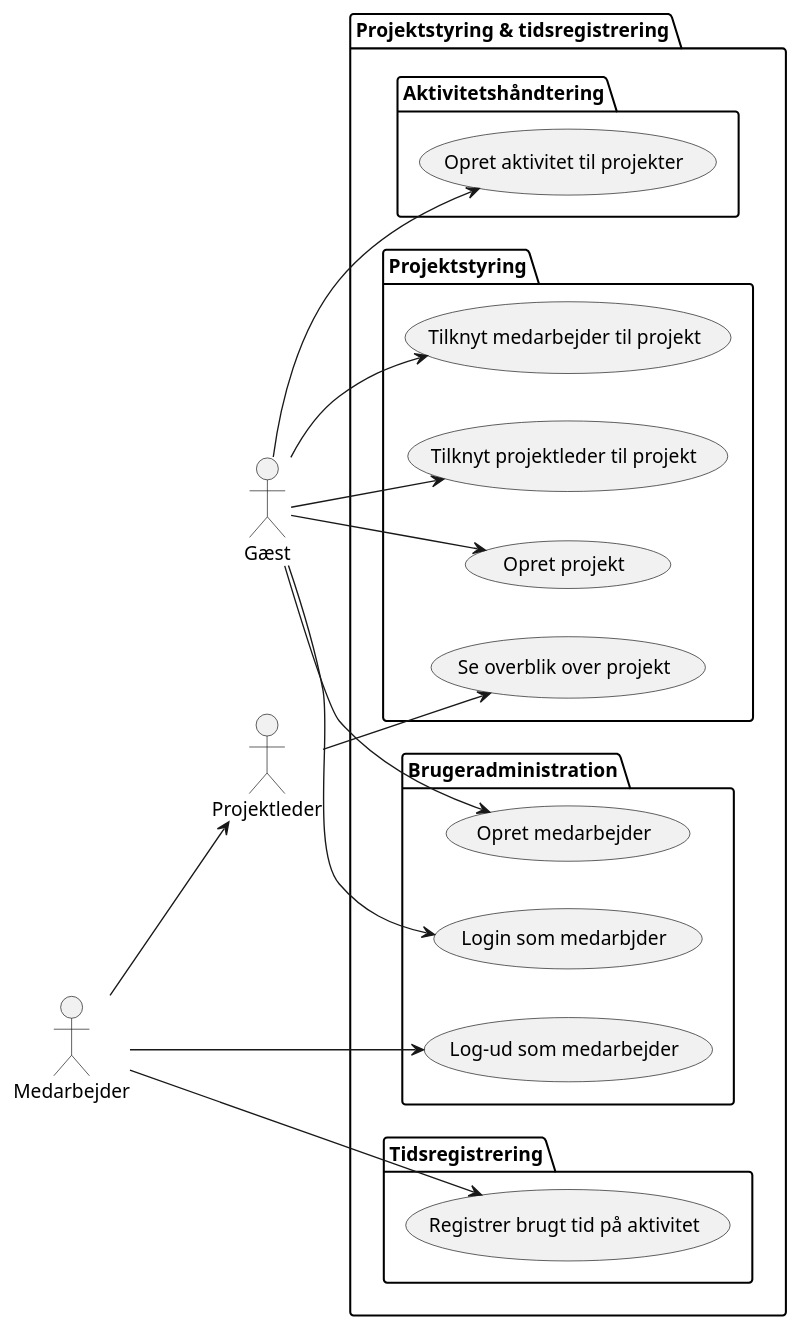
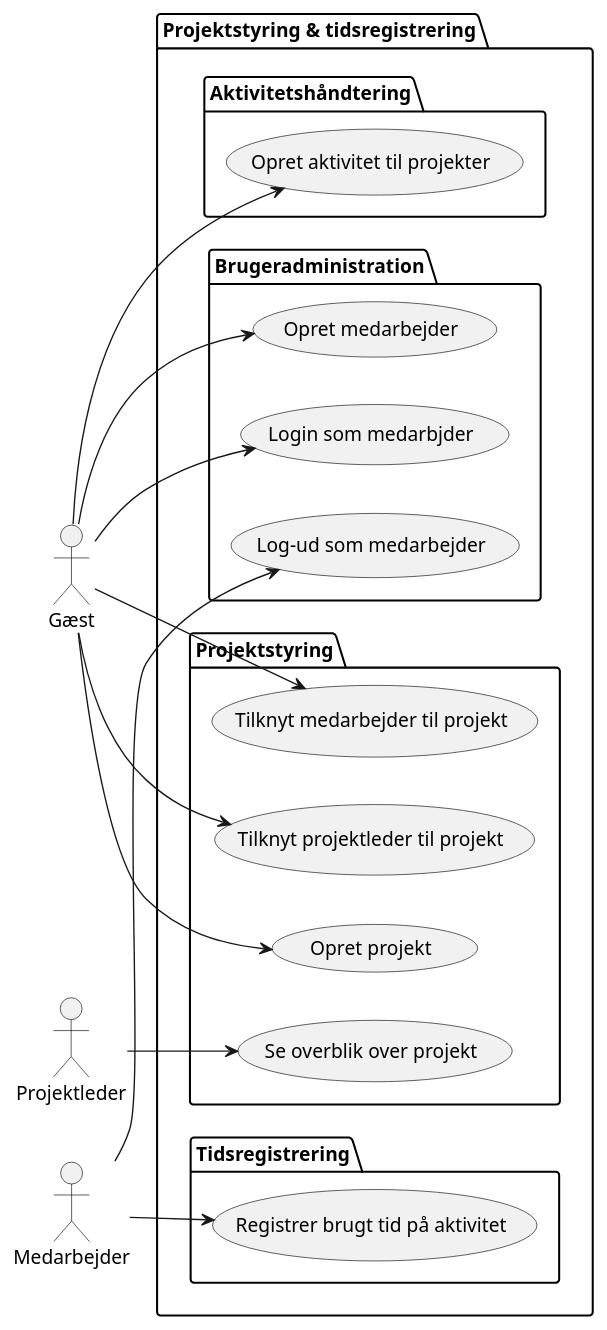
One commit to rwiuff/02161ExamProject changed the diagram in Diagrams/usecase/usecase_guest.puml. Above: the diagram before and after it, drawn with PlantUML. The commit also changed 1 other file, not shown here.

```diff
--- a/Diagrams/usecase/usecase_guest.puml
+++ b/Diagrams/usecase/usecase_guest.puml
@@ -1,50 +1,49 @@
 @startuml 
 
 left to right direction
 
 actor "Gæst" as guest
 actor "Medarbejder" as worker 
 actor "Projektleder" as leader
 
 
 package "Projektstyring & tidsregistrering" {
 
     package "Projektstyring" {
         usecase "Opret projekt" as create_project
         usecase "Tilknyt medarbejder til projekt" as assign_project_user
         usecase "Tilknyt projektleder til projekt" as assign_project_leader
         usecase "Se overblik over projekt" as view_project_overview
     }
     
     package "Brugeradministration" {
         usecase "Opret medarbejder" as create_worker
         usecase "Login som medarbjder" as login
         usecase "Log-ud som medarbejder" as logout
     }
 
     package "Aktivitetshåndtering" {
         usecase "Opret aktivitet til projekter" as create_project_activity
     }
 
     package "Tidsregistrering" {
         usecase "Registrer brugt tid på aktivitet" as register_activity_time
 
     }
     
 }
 
 guest --> create_project
 guest --> create_project_activity
 guest --> assign_project_user
 guest --> assign_project_leader
 guest --> create_worker
 guest --> login
 
 worker --> register_activity_time
 worker --> logout
 
 leader --> view_project_overview 
 
-worker --> leader
 
 @enduml
```
